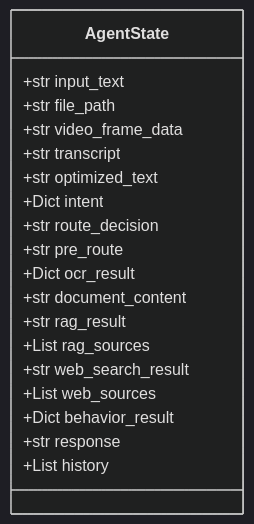
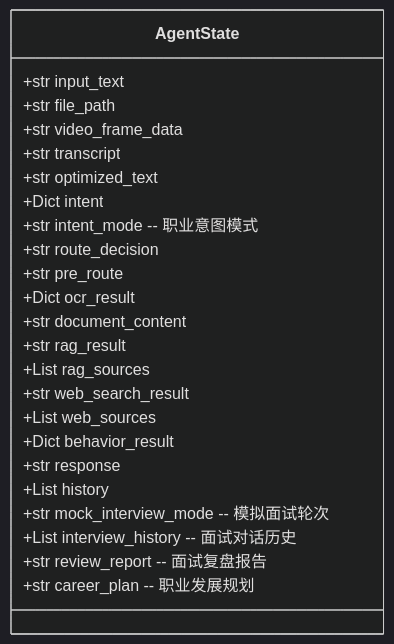
Before and after one commit to MM-arthur/LangChain-AI-Stack: the second of 5 diagrams in README.md, drawn with Mermaid (dark theme). The commit also changed other lines of this file, not shown here.

First line of the commit message:
docs: 更新数据流图（职业意图路由 + RAG分支）+ AgentState新增字段

````diff
--- a/README.md
+++ b/README.md
@@ -267,22 +292,27 @@
 ```mermaid
 classDiagram
     class AgentState {
         +str input_text
         +str file_path
         +str video_frame_data
         +str transcript
         +str optimized_text
         +Dict intent
+        +str intent_mode           -- 职业意图模式
         +str route_decision
         +str pre_route
         +Dict ocr_result
         +str document_content
         +str rag_result
         +List rag_sources
         +str web_search_result
         +List web_sources
         +Dict behavior_result
         +str response
         +List history
+        +str mock_interview_mode   -- 模拟面试轮次
+        +List interview_history    -- 面试对话历史
+        +str review_report          -- 面试复盘报告
+        +str career_plan            -- 职业发展规划
     }
 ```
````
